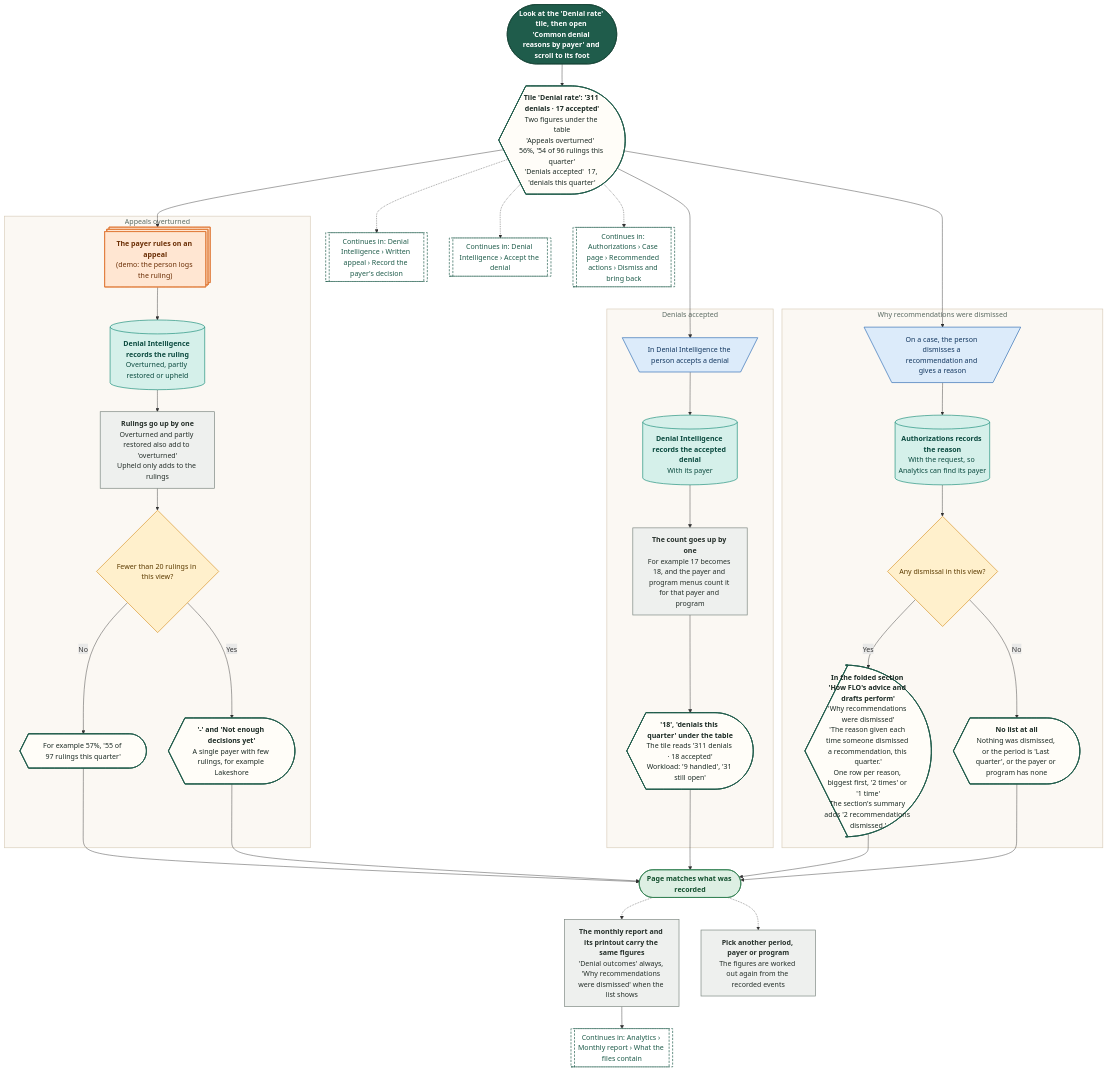
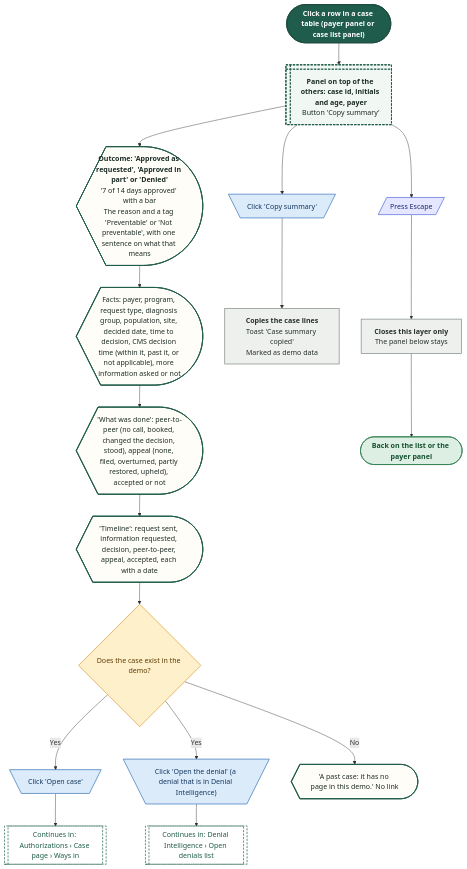
One commit to Shrav143/psyfloapp changed the ninth of 18 diagrams in demos/prior-auth-demo/workflows/out/md/08-analytics.md. Above: the diagram before and after it, drawn with Mermaid. The commit also changed other lines of this file and 251 other files, not shown here.

First line of the commit message:
docs: rebuild the workflow diagrams (291) for round 4

````diff
--- a/demos/prior-auth-demo/workflows/out/md/08-analytics.md
+++ b/demos/prior-auth-demo/workflows/out/md/08-analytics.md
@@ -525,74 +550,52 @@
 ```mermaid
 %%{init: {"theme":"base","themeVariables":{"fontFamily":"'DM Sans', 'Segoe UI', system-ui, sans-serif","fontSize":"15px","lineColor":"#5B6B63","primaryTextColor":"#1C2B25","clusterBkg":"#FBF8F3","clusterBorder":"#D9CDBB","edgeLabelBackground":"#FFFFFF"},"flowchart":{"curve":"basis","nodeSpacing":36,"rankSpacing":48,"padding":12,"htmlLabels":true,"useMaxWidth":false,"wrappingWidth":230}} }%%
 flowchart TD
   classDef k_start fill:#1F5C4B,stroke:#174638,color:#FFFFFF,stroke-width:1.5px,font-weight:600
   classDef k_end fill:#DDEFE3,stroke:#2E7D4F,color:#14502F,stroke-width:1.5px,font-weight:600
   classDef k_endx fill:#FBE3E0,stroke:#C0392B,color:#7A1F16,stroke-width:1.5px,font-weight:600
   classDef k_screen fill:#FFFDF8,stroke:#1F5C4B,color:#1C2B25,stroke-width:2px
   classDef k_overlay fill:#F1F7F3,stroke:#1F5C4B,color:#1C2B25,stroke-width:2px,stroke-dasharray:5 3
   classDef k_click fill:#DCEBFA,stroke:#2F6DB5,color:#12365F,stroke-width:1.5px
   classDef k_input fill:#E4E7FF,stroke:#4C5FD5,color:#1D2670,stroke-width:1.5px
   classDef k_process fill:#EEF0EE,stroke:#7A857F,color:#26302B,stroke-width:1.5px
   classDef k_agent fill:#EEE5FA,stroke:#7A4FC2,color:#341A63,stroke-width:1.5px
   classDef k_decision fill:#FFF0CC,stroke:#D9962B,color:#5C3B00,stroke-width:1.5px
   classDef k_store fill:#D5F0EA,stroke:#1C8E7B,color:#0B4A3F,stroke-width:1.5px
   classDef k_doc fill:#F6E9DC,stroke:#B07A4C,color:#4A2E14,stroke-width:1.5px
   classDef k_ext fill:#FFE6D2,stroke:#E07B39,color:#6B2F06,stroke-width:1.5px
   classDef k_wait fill:#E4E8EE,stroke:#6B7C93,color:#26303D,stroke-width:1.5px
   classDef k_toast fill:#FFF9DB,stroke:#C9A400,color:#5A4A00,stroke-width:1.5px
   classDef k_goto fill:#FFFFFF,stroke:#1F5C4B,color:#1F5C4B,stroke-width:1.5px,stroke-dasharray:5 3
-  s1@{ shape: stadium, label: "Look at the 'Denial rate' tile, then open 'Common denial reasons by payer' and scroll to its foot" }
-  sc@{ shape: curv-trap, label: "<b>Tile 'Denial rate': '311 denials · 17 accepted'</b><br/>Two figures under the table<br/>'Appeals overturned'  56%, '54 of 96 rulings this quarter'<br/>'Denials accepted'  17, 'denials this quarter'" }
-  subgraph gApp ["Appeals overturned"]
-  x1@{ shape: st-rect, label: "<b>The payer rules on an appeal</b><br/>(demo: the person logs the ruling)" }
-  st1@{ shape: cyl, label: "<b>Denial Intelligence records the ruling</b><br/>Overturned, partly restored or upheld" }
-  p1@{ shape: rect, label: "<b>Rulings go up by one</b><br/>Overturned and partly restored also add to 'overturned'<br/>Upheld only adds to the rulings" }
-  q1@{ shape: diam, label: "Fewer than 20 rulings in this view?" }
-  o1@{ shape: curv-trap, label: "For example 57%, '55 of 97 rulings this quarter'" }
-  o2@{ shape: curv-trap, label: "<b>'-' and 'Not enough decisions yet'</b><br/>A single payer with few rulings, for example Lakeshore" }
-  end
-  subgraph gOff ["Denials accepted"]
-  k1@{ shape: trap-t, label: "In Denial Intelligence the person accepts a denial" }
-  st2@{ shape: cyl, label: "<b>Denial Intelligence records the accepted denial</b><br/>With its payer" }
-  p2@{ shape: rect, label: "<b>The count goes up by one</b><br/>For example 17 becomes 18, and the payer and program menus count it for that payer and program" }
-  o3@{ shape: curv-trap, label: "<b>'18', 'denials this quarter' under the table</b><br/>The tile reads '311 denials · 18 accepted'<br/>Workload: '9 handled', '31 still open'" }
-  end
-  subgraph gDis ["Why recommendations were dismissed"]
-  k2@{ shape: trap-t, label: "On a case, the person dismisses a recommendation and gives a reason" }
-  st3@{ shape: cyl, label: "<b>Authorizations records the reason</b><br/>With the request, so Analytics can find its payer" }
-  q2@{ shape: diam, label: "Any dismissal in this view?" }
-  d1@{ shape: curv-trap, label: "<b>In the folded section 'How FLO's advice and drafts perform'</b><br/>'Why recommendations were dismissed'<br/>'The reason given each time someone dismissed a recommendation, this quarter.'<br/>One row per reason, biggest first, '2 times' or '1 time'<br/>The section's summary adds '2 recommendations dismissed.'" }
-  d2@{ shape: curv-trap, label: "<b>No list at all</b><br/>Nothing was dismissed, or the period is 'Last quarter', or the payer or program has none" }
-  end
-  m1@{ shape: rect, label: "<b>The monthly report and its printout carry the same figures</b><br/>'Denial outcomes' always, 'Why recommendations were dismissed' when the list shows" }
-  m2@{ shape: rect, label: "<b>Pick another period, payer or program</b><br/>The figures are worked out again from the recorded events" }
-  g1@{ shape: subproc, label: "Continues in: Denial Intelligence › Written appeal › Record the payer's decision" }
-  g2@{ shape: subproc, label: "Continues in: Denial Intelligence › Accept the denial" }
-  g3@{ shape: subproc, label: "Continues in: Authorizations › Case page › Recommended actions › Dismiss and bring back" }
-  g4@{ shape: subproc, label: "Continues in: Analytics › Monthly report › What the files contain" }
-  e1@{ shape: stadium, label: "Page matches what was recorded" }
-  s1 --> sc
-  sc -.-> g1 & g2 & g3
-  x1 --> st1 --> p1 --> q1
-  q1 -->|"No"| o1 --> e1
-  q1 -->|"Yes"| o2 --> e1
-  k1 --> st2 --> p2 --> o3 --> e1
-  k2 --> st3 --> q2
-  q2 -->|"Yes"| d1 --> e1
-  q2 -->|"No"| d2 --> e1
-  sc --> x1 & k1 & k2
-  e1 -.-> m1 --> g4
-  e1 -.-> m2
+  s1@{ shape: stadium, label: "Click a row in a case table (payer panel or case list panel)" }
+  o1@{ shape: win-pane, label: "<b>Panel on top of the others: case id, initials and age, payer</b><br/>Button 'Copy summary'" }
+  a1@{ shape: curv-trap, label: "<b>Outcome: 'Approved as requested', 'Approved in part' or 'Denied'</b><br/>'7 of 14 days approved' with a bar<br/>The reason and a tag 'Preventable' or 'Not preventable', with one sentence on what that means" }
+  a2@{ shape: curv-trap, label: "Facts: payer, program, request type, diagnosis group, population, site, decided date, time to decision, CMS decision time (within it, past it, or not applicable), more information asked or not" }
+  a3@{ shape: curv-trap, label: "'What was done': peer-to-peer (no call, booked, changed the decision, stood), appeal (none, filed, overturned, partly restored, upheld), accepted or not" }
+  a4@{ shape: curv-trap, label: "'Timeline': request sent, information requested, decision, peer-to-peer, appeal, accepted, each with a date" }
+  q1@{ shape: diam, label: "Does the case exist in the demo?" }
+  c1@{ shape: trap-t, label: "Click 'Open case'" }
+  g1@{ shape: subproc, label: "Continues in: Authorizations › Case page › Ways in" }
+  c2@{ shape: trap-t, label: "Click 'Open the denial' (a denial that is in Denial Intelligence)" }
+  g2@{ shape: subproc, label: "Continues in: Denial Intelligence › Open denials list" }
+  n1@{ shape: curv-trap, label: "'A past case: it has no page in this demo.' No link" }
+  b1@{ shape: trap-t, label: "Click 'Copy summary'" }
+  b2@{ shape: rect, label: "<b>Copies the case lines</b><br/>Toast 'Case summary copied'<br/>Marked as demo data" }
+  k1@{ shape: lean-r, label: "Press Escape" }
+  k2@{ shape: rect, label: "<b>Closes this layer only</b><br/>The panel below stays" }
+  e1@{ shape: stadium, label: "Back on the list or the payer panel" }
+  s1 --> o1 --> a1 --> a2 --> a3 --> a4 --> q1
+  q1 -->|"Yes"| c1 --> g1
+  q1 -->|"Yes"| c2 --> g2
+  q1 -->|"No"| n1
+  o1 --> b1 --> b2
+  o1 --> k1 --> k2 --> e1
   class s1 k_start
-  class sc,o1,o2,o3,d1,d2 k_screen
-  class x1 k_ext
-  class st1,st2,st3 k_store
-  class p1,p2,m1,m2 k_process
-  class q1,q2 k_decision
-  class k1,k2 k_click
-  class g1,g2,g3,g4 k_goto
+  class o1 k_overlay
+  class a1,a2,a3,a4,n1 k_screen
+  class q1 k_decision
+  class c1,c2,b1 k_click
+  class g1,g2 k_goto
+  class b2,k2 k_process
+  class k1 k_input
   class e1 k_end
-  style gApp fill:#FBF8F3,stroke:#D9CDBB,stroke-width:1.5px,color:#5B6B63
-  style gOff fill:#FBF8F3,stroke:#D9CDBB,stroke-width:1.5px,color:#5B6B63
-  style gDis fill:#FBF8F3,stroke:#D9CDBB,stroke-width:1.5px,color:#5B6B63
 ```
````
